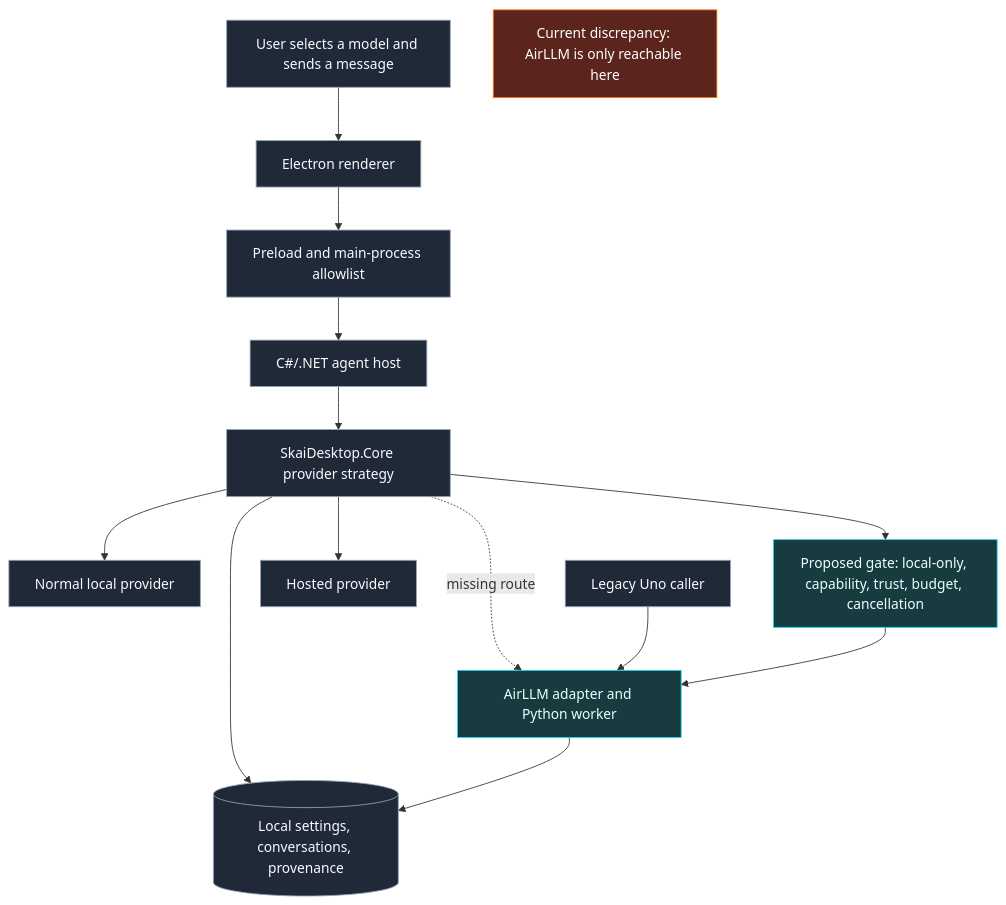
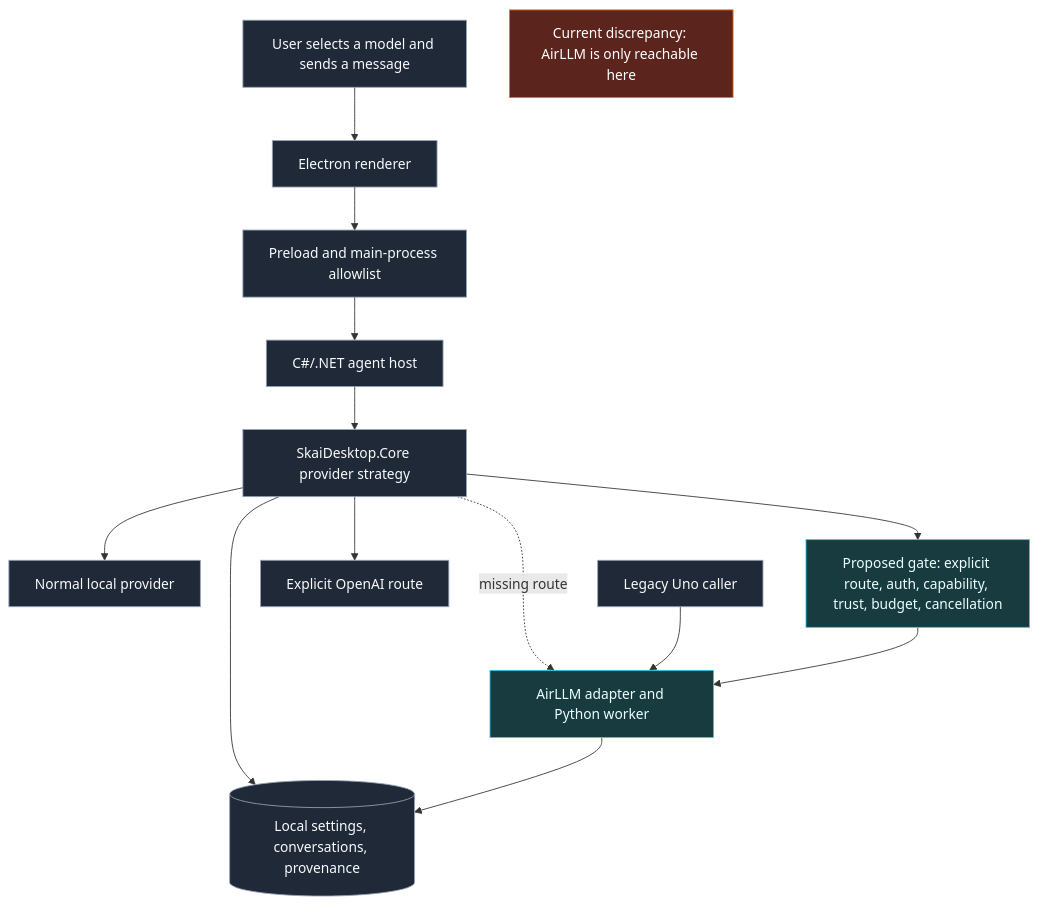
One commit to WowLolCoolMan/Server-Rock-Ai changed the diagram in docs/AGENT_ARCHITECTURE_AUDIT.mmd. Above: the diagram before and after it, drawn with Mermaid. The commit also changed 29 other files, not shown here.

```diff
--- a/docs/AGENT_ARCHITECTURE_AUDIT.mmd
+++ b/docs/AGENT_ARCHITECTURE_AUDIT.mmd
@@ -1,30 +1,30 @@
 flowchart TD
     U[User selects a model and sends a message]
     R[Electron renderer]
     P[Preload and main-process allowlist]
     H[C#/.NET agent host]
     C[SkaiDesktop.Core provider strategy]
     N[Normal local provider]
     A[AirLLM adapter and Python worker]
     S[(Local settings, conversations, provenance)]
     L[Legacy Uno caller]
-    X[Hosted provider]
+    X[Explicit OpenAI route]
     Q[Current discrepancy: AirLLM is only reachable here]
-    G[Proposed gate: local-only, capability, trust, budget, cancellation]
+    G[Proposed gate: explicit route, auth, capability, trust, budget, cancellation]
 
     U --> R --> P --> H --> C
     C --> N
     C --> X
     C -. missing route .-> A
     L --> A
     C --> S
     A --> S
     C --> G
     G --> A
 
     classDef observed fill:#1f2937,stroke:#94a3b8,color:#f8fafc
     classDef discrepancy fill:#5b241c,stroke:#f97316,color:#fff
     classDef proposed fill:#173b3f,stroke:#22d3ee,color:#ecfeff
     class U,R,P,H,C,N,S,L,X observed
     class Q discrepancy
     class A,G proposed
```
